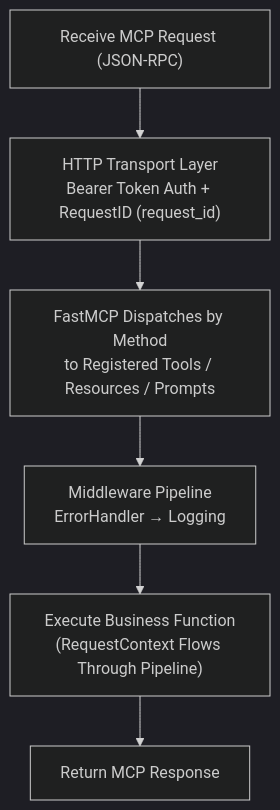
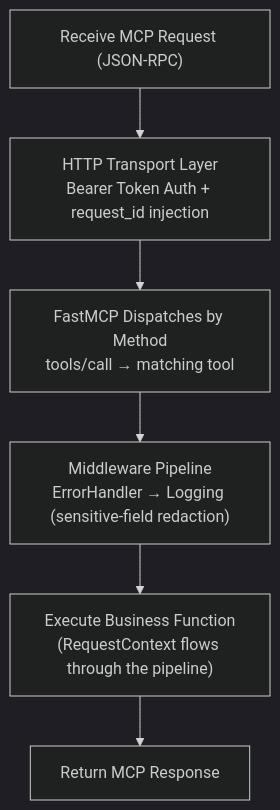
The third of 4 diagrams in README.en.md (chain-engine/x-QiuChi), drawn with Mermaid (dark theme) before and after one commit. The commit also changed other lines of this file and 15 other files, not shown here.

````diff
--- a/README.en.md
+++ b/README.en.md
@@ -427,8 +324,11 @@
 ```mermaid
 flowchart TD
-    R1["Receive MCP Request (JSON-RPC)"] --> R2["HTTP Transport Layer<br/>Bearer Token Auth + RequestID (request_id)"]
-    R2 --> R3["FastMCP Dispatches by Method<br/>to Registered Tools / Resources / Prompts"]
-    R3 --> R4["Middleware Pipeline<br/>ErrorHandler → Logging"]
-    R4 --> R6["Execute Business Function<br/>(RequestContext Flows Through Pipeline)"]
-    R6 --> R9["Return MCP Response"]
+    R1["Receive MCP Request (JSON-RPC)"]
+    R2["HTTP Transport Layer<br/>Bearer Token Auth + request_id injection"]
+    R3["FastMCP Dispatches by Method<br/>tools/call → matching tool"]
+    R4["Middleware Pipeline<br/>ErrorHandler → Logging (sensitive-field redaction)"]
+    R5["Execute Business Function<br/>(RequestContext flows through the pipeline)"]
+    R6["Return MCP Response"]
+
+    R1 --> R2 --> R3 --> R4 --> R5 --> R6
 ```
````
